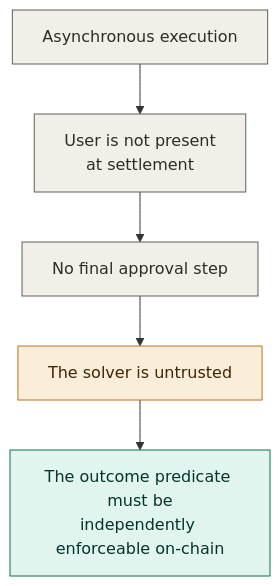
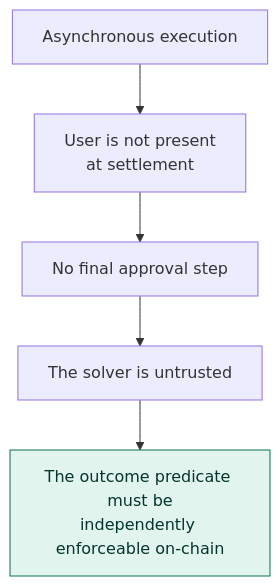
One commit to angelphoon7/online2026 changed the fourth of 26 diagrams in README.md. Above: the diagram before and after it, drawn with Mermaid. The commit also changed other lines of this file, not shown here.

````diff
--- a/README.md
+++ b/README.md
@@ -117,13 +93,10 @@
 ```mermaid
 flowchart TD
     A["Asynchronous execution"] --> B["User is not present<br/>at settlement"]
     B --> C["No final approval step"]
     C --> D["The solver is untrusted"]
     D --> E["The outcome predicate must be<br/>independently enforceable on-chain"]
 
-    style A fill:#F1EFE8,stroke:#5F5E5A,color:#2C2C2A
-    style B fill:#F1EFE8,stroke:#5F5E5A,color:#2C2C2A
-    style C fill:#F1EFE8,stroke:#5F5E5A,color:#2C2C2A
-    style D fill:#FAEEDA,stroke:#BA7517,color:#412402
-    style E fill:#E1F5EE,stroke:#0F6E56,color:#04342C
+    classDef ok fill:#E1F5EE,stroke:#0F6E56,stroke-width:1px,color:#04342C
+    class E ok
 ```
````
